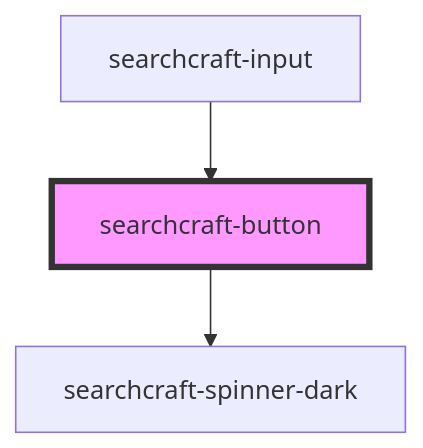
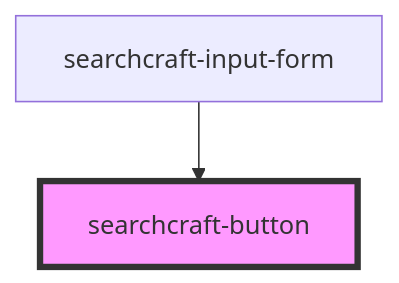
One commit to searchcraft-inc/searchcraft-javascript-sdks changed the diagram in packages/javascript-sdk/src/components/searchcraft-button/readme.md. Above: the diagram before and after it, drawn with Mermaid. The commit also changed other lines of this file and 27 other files, not shown here.

First line of the commit message:
Creates searchcraft-input-form to replace auto-search-form and base-search-form. re:SC-554

````diff
--- a/packages/javascript-sdk/src/components/searchcraft-button/readme.md
+++ b/packages/javascript-sdk/src/components/searchcraft-button/readme.md
@@ -36,6 +32,5 @@
 ```mermaid
 graph TD;
-  searchcraft-button --> searchcraft-spinner-dark
-  searchcraft-input --> searchcraft-button
+  searchcraft-input-form --> searchcraft-button
   style searchcraft-button fill:#f9f,stroke:#333,stroke-width:4px
 ```
````
